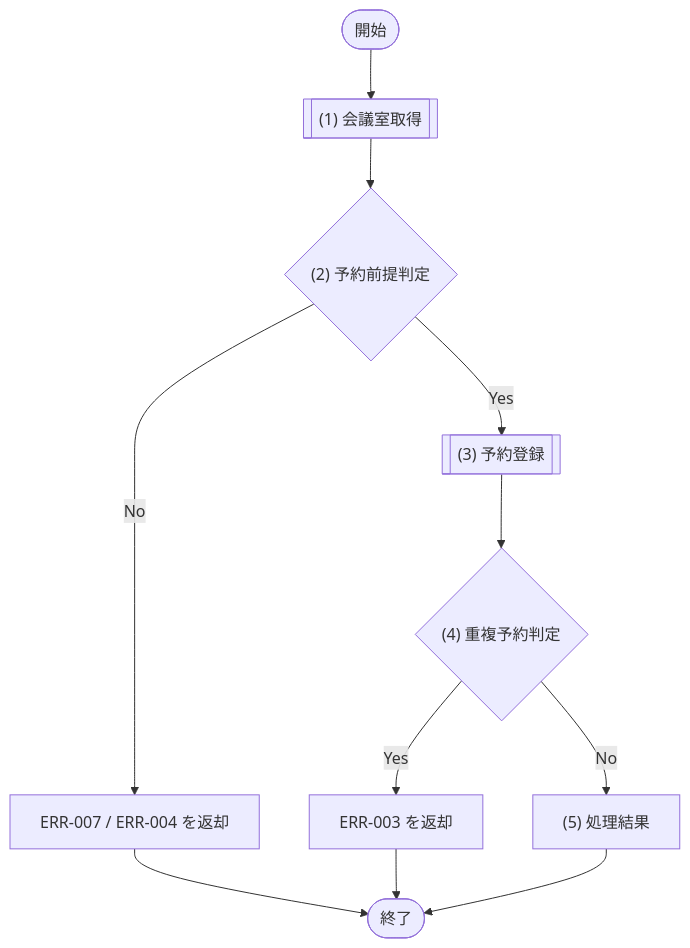
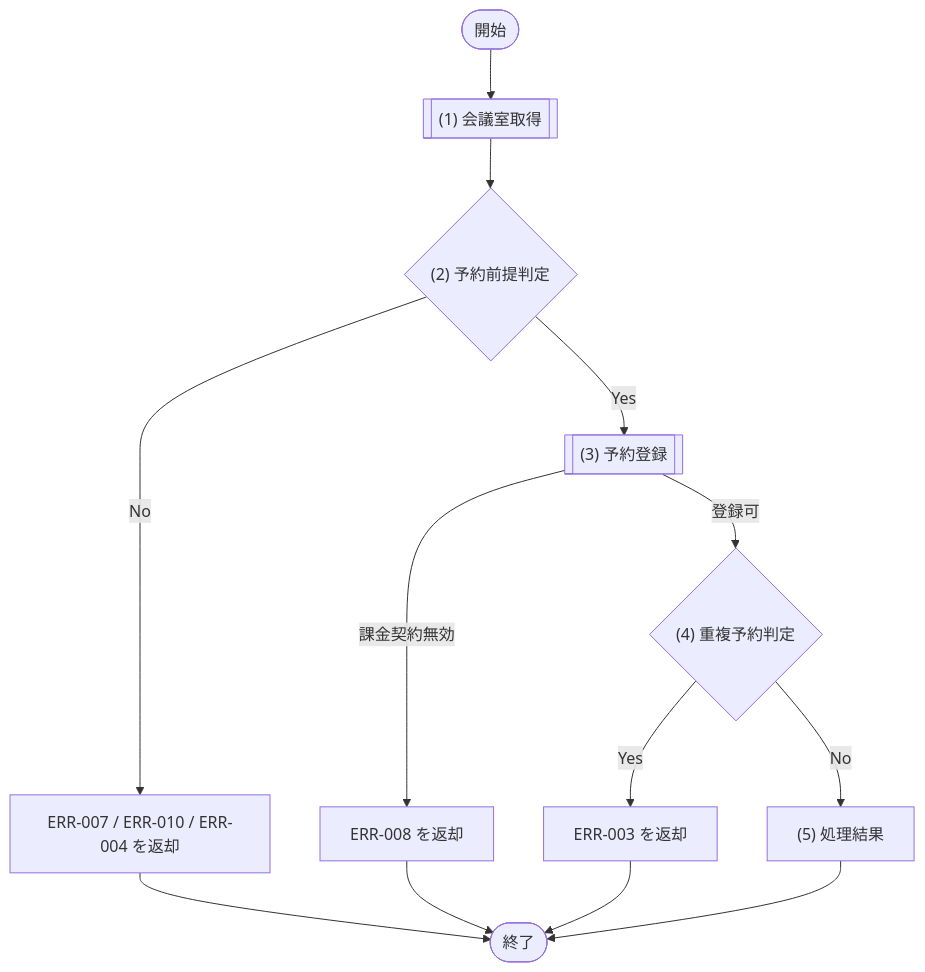
Before and after one commit to sikakou54/system-document-template: the diagram in docs/03_機能設計/03_API設計/API-003_予約登録.md, drawn with Mermaid. The commit also changed other lines of this file and 59 other files, not shown here.

````diff
--- a/docs/03_機能設計/03_API設計/API-003_予約登録.md
+++ b/docs/03_機能設計/03_API設計/API-003_予約登録.md
@@ -43,18 +43,21 @@
 ```mermaid
 flowchart TD
   Start([開始])
   P1[["(1) 会議室取得"]]
   D1{"(2) 予約前提判定"}
-  E1["ERR-007 / ERR-004 を返却"]
+  E1["ERR-007 / ERR-010 / ERR-004 を返却"]
   P2[["(3) 予約登録"]]
+  E3["ERR-008 を返却"]
   D2{"(4) 重複予約判定"}
   E2["ERR-003 を返却"]
   P3["(5) 処理結果"]
   End([終了])
 
   Start --> P1 --> D1
   D1 -- "No" --> E1 --> End
-  D1 -- "Yes" --> P2 --> D2
+  D1 -- "Yes" --> P2
+  P2 -- "課金契約無効" --> E3 --> End
+  P2 -- "登録可" --> D2
   D2 -- "Yes" --> E2 --> End
   D2 -- "No" --> P3 --> End
 ```
````
